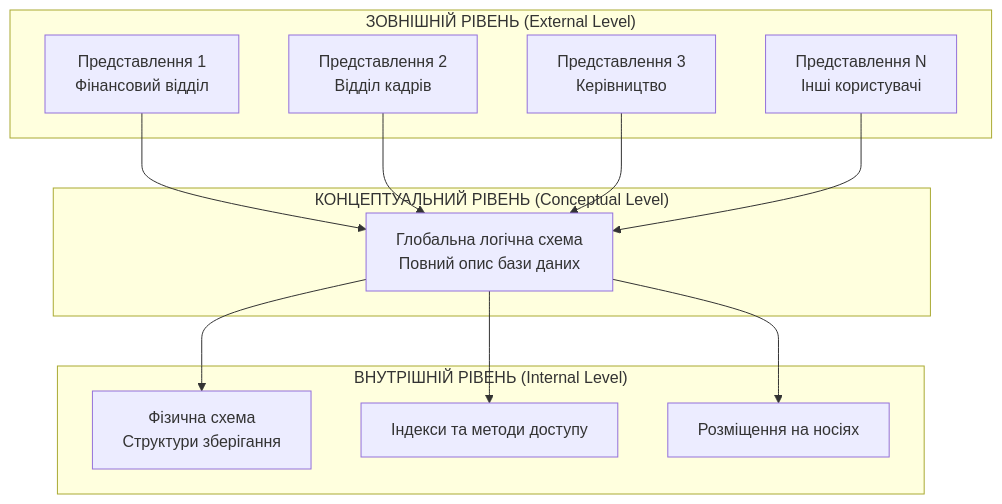
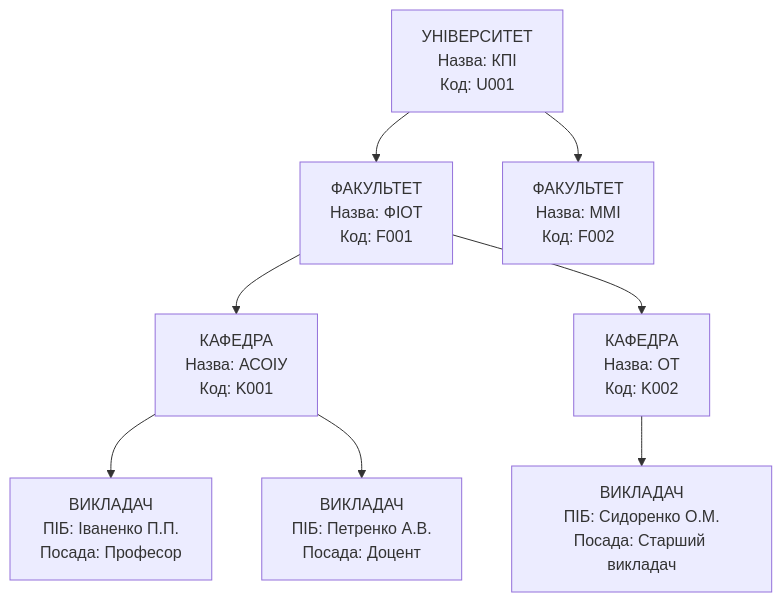
The first of 5 diagrams in lectures/lecture-02.md (olroi421/course-bd), drawn with Mermaid before and after one commit. The commit also changed other lines of this file and 7 other files, not shown here.

````diff
--- a/lectures/lecture-02.md
+++ b/lectures/lecture-02.md
@@ -22,27 +35,13 @@
 ```mermaid
-graph TB
-    subgraph "ЗОВНІШНІЙ РІВЕНЬ (External Level)"
-        A[Представлення 1<br/>Фінансовий відділ]
-        B[Представлення 2<br/>Відділ кадрів]
-        C[Представлення 3<br/>Керівництво]
-        D[Представлення N<br/>Інші користувачі]
-    end
+graph TD
+    A[УНІВЕРСИТЕТ<br/>Назва: КПІ<br/>Код: U001] --> B[ФАКУЛЬТЕТ<br/>Назва: ФІОТ<br/>Код: F001]
+    A --> C[ФАКУЛЬТЕТ<br/>Назва: ММІ<br/>Код: F002]
 
-    subgraph "КОНЦЕПТУАЛЬНИЙ РІВЕНЬ (Conceptual Level)"
-        E[Глобальна логічна схема<br/>Повний опис бази даних]
-    end
+    B --> D[КАФЕДРА<br/>Назва: АСОІУ<br/>Код: K001]
+    B --> E[КАФЕДРА<br/>Назва: ОТ<br/>Код: K002]
 
-    subgraph "ВНУТРІШНІЙ РІВЕНЬ (Internal Level)"
-        F[Фізична схема<br/>Структури зберігання]
-        G[Індекси та методи доступу]
-        H[Розміщення на носіях]
-    end
+    D --> F[ВИКЛАДАЧ<br/>ПІБ: Іваненко П.П.<br/>Посада: Професор]
+    D --> G[ВИКЛАДАЧ<br/>ПІБ: Петренко А.В.<br/>Посада: Доцент]
 
-    A --> E
-    B --> E
-    C --> E
-    D --> E
-    E --> F
-    E --> G
-    E --> H
+    E --> H[ВИКЛАДАЧ<br/>ПІБ: Сидоренко О.М.<br/>Посада: Старший викладач]
 ```
````
